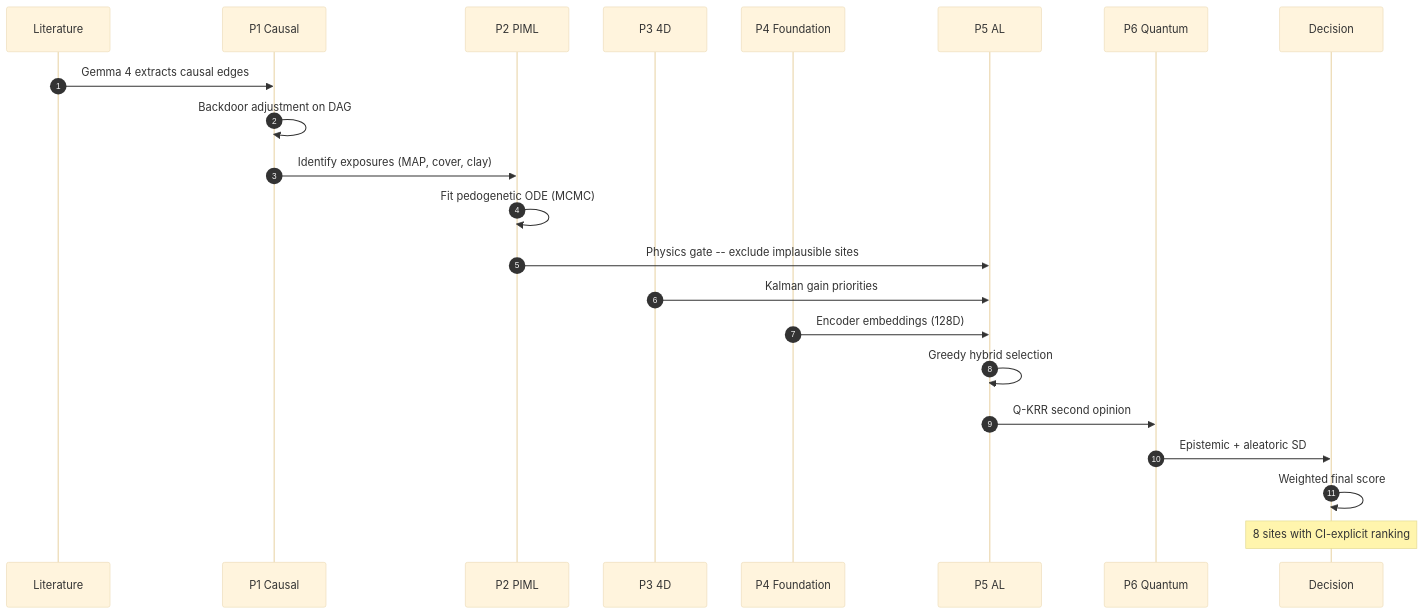
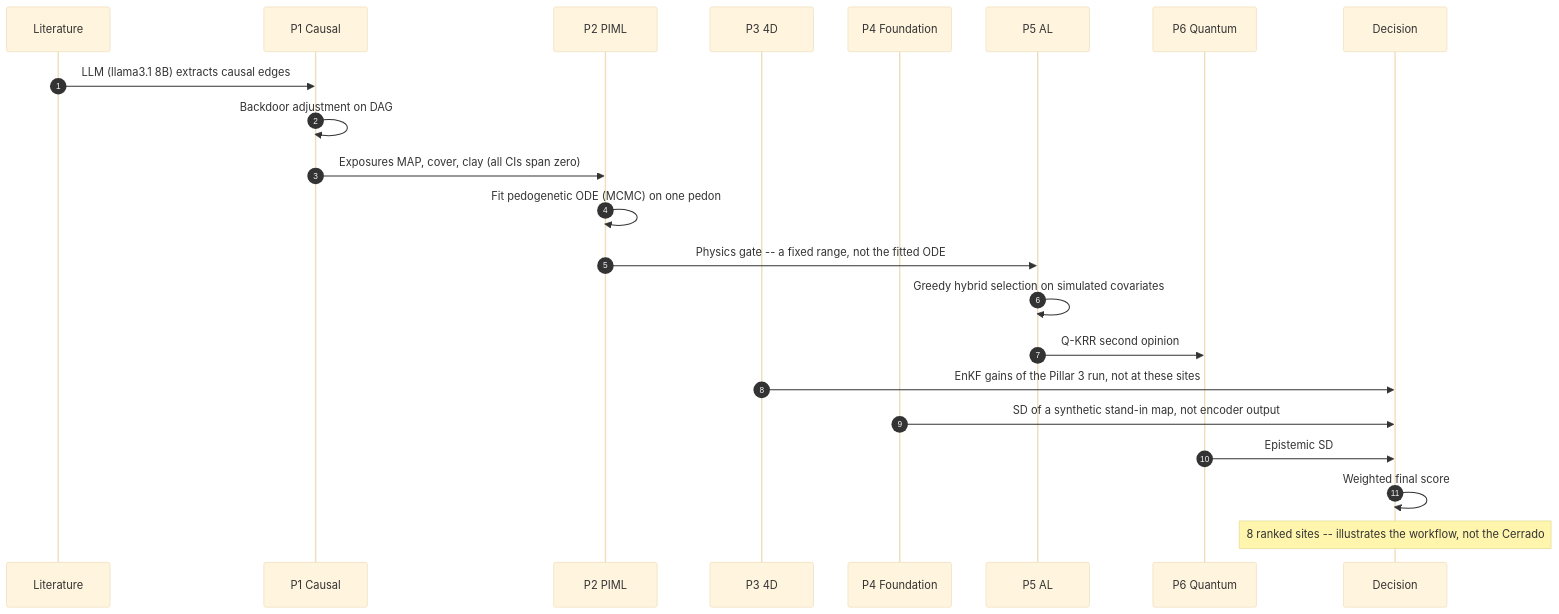
Before and after one commit to HugoMachadoRodrigues/edaphos: the second of 3 diagrams in README.md, drawn with Mermaid (base theme). The commit also changed other lines of this file and 251 other files, not shown here.

````diff
--- a/README.md
+++ b/README.md
@@ -168,25 +167,25 @@
 ```mermaid
 sequenceDiagram
     autonumber
     participant LIT as Literature
     participant P1 as P1 Causal
     participant P2 as P2 PIML
     participant P3 as P3 4D
     participant P4 as P4 Foundation
     participant P5 as P5 AL
     participant P6 as P6 Quantum
     participant DEC as Decision
 
-    LIT->>P1: Gemma 4 extracts causal edges
+    LIT->>P1: LLM (llama3.1 8B) extracts causal edges
     P1->>P1: Backdoor adjustment on DAG
-    P1->>P2: Identify exposures (MAP, cover, clay)
-    P2->>P2: Fit pedogenetic ODE (MCMC)
-    P2->>P5: Physics gate -- exclude implausible sites
-    P3->>P5: Kalman gain priorities
-    P4->>P5: Encoder embeddings (128D)
-    P5->>P5: Greedy hybrid selection
+    P1->>P2: Exposures MAP, cover, clay (all CIs span zero)
+    P2->>P2: Fit pedogenetic ODE (MCMC) on one pedon
+    P2->>P5: Physics gate -- a fixed range, not the fitted ODE
+    P5->>P5: Greedy hybrid selection on simulated covariates
     P5->>P6: Q-KRR second opinion
-    P6->>DEC: Epistemic + aleatoric SD
+    P3->>DEC: EnKF gains of the Pillar 3 run, not at these sites
+    P4->>DEC: SD of a synthetic stand-in map, not encoder output
+    P6->>DEC: Epistemic SD
     DEC->>DEC: Weighted final score
-    Note over DEC: 8 sites with CI-explicit ranking
+    Note over DEC: 8 ranked sites -- illustrates the workflow, not the Cerrado
 ```
````
